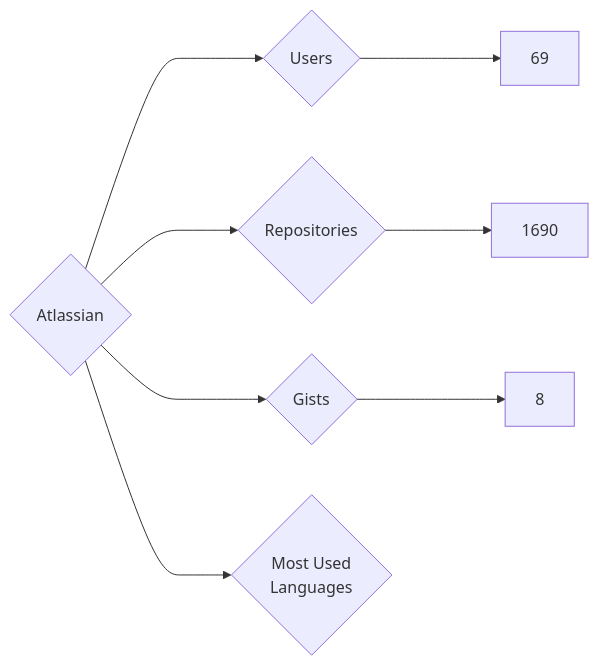
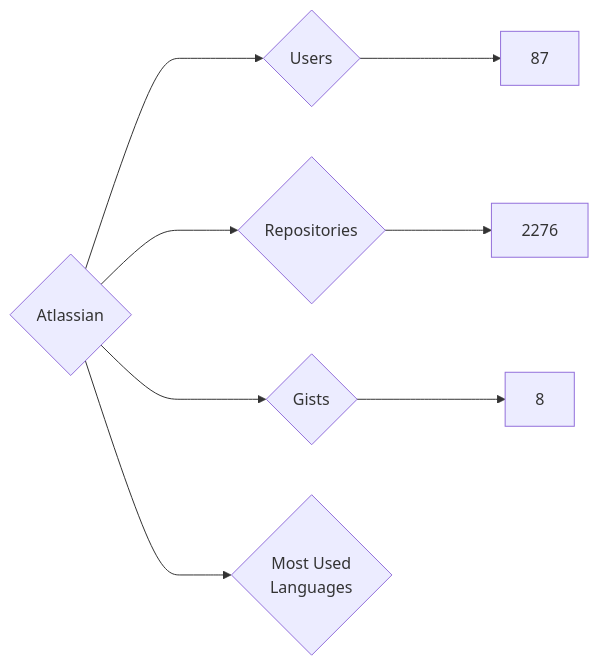
One commit to nenadzaric/insiders changed the diagram in targets/Atlassian/README.md. Above: the diagram before and after it, drawn with Mermaid. The commit also changed 2877 other files, not shown here.

````diff
--- a/targets/Atlassian/README.md
+++ b/targets/Atlassian/README.md
@@ -3,8 +3,8 @@
 ```mermaid
 graph LR
 COMPANY_NAME{Atlassian}
-COMPANY_NAME ---> U{Users} ---> UN[69]
-COMPANY_NAME ---> R{Repositories} ---> RN[1690]
+COMPANY_NAME ---> U{Users} ---> UN[87]
+COMPANY_NAME ---> R{Repositories} ---> RN[2276]
 COMPANY_NAME ---> G{Gists} ---> GN[8]
 COMPANY_NAME ---> ML{Most Used<br>Languages}
 ```
````
